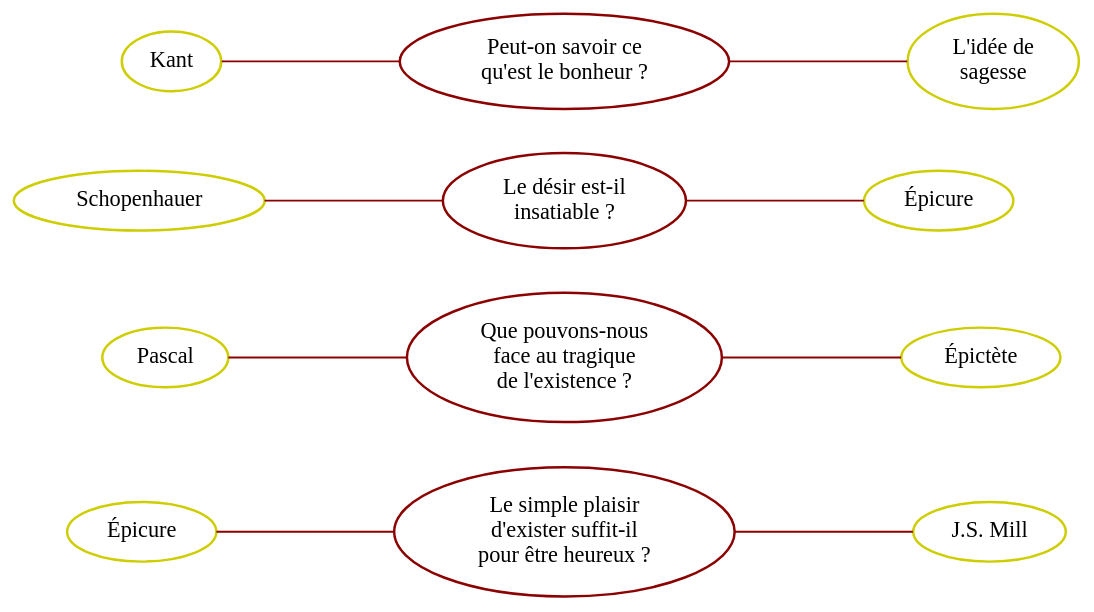
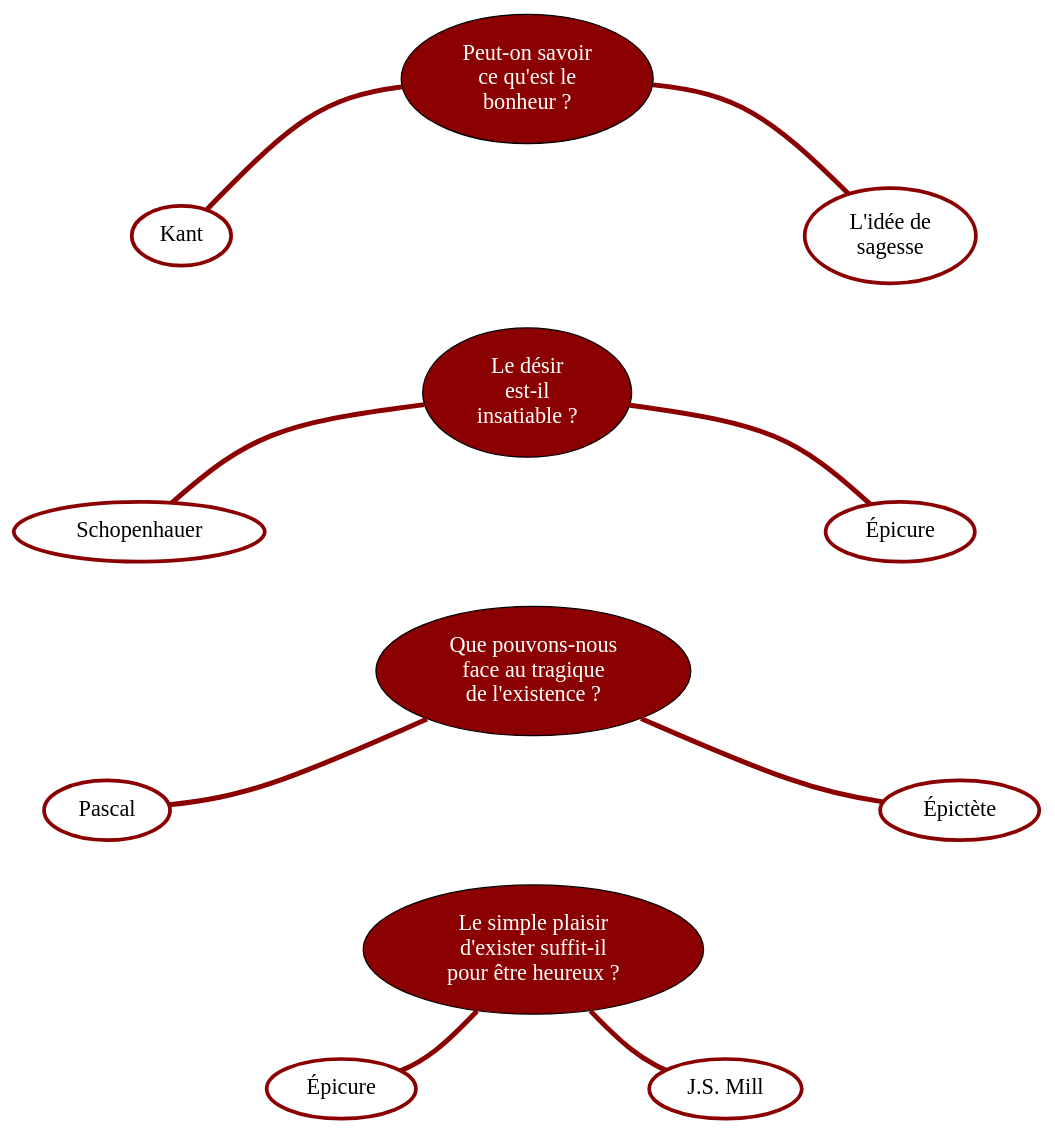
The diagram in plans/test-plan.dot (eyssette/graphviz-examples), drawn with Graphviz before and after one commit. The commit also changed 1 other file, not shown here.

```diff
--- a/plans/test-plan.dot
+++ b/plans/test-plan.dot
@@ -1,46 +1,47 @@
 digraph G {
+splines=curved
 nodesep=2
-node[style=rounded, shape=oval, margin=0.1, color=red4, penwidth=2, fontsize=18]
+node[style="rounded, filled", shape=oval, margin=0.1, fillcolor=red4, penwidth=1, fontsize=18, fontcolor=white]
 edge[style=invis]
 
-a[label="Peut-on savoir ce
-qu'est le bonheur ?"]
+a[label="Peut-on savoir
+ce qu'est le
+bonheur ?"]
 b[label="Que pouvons-nous
 face au tragique
 de l'existence ?"]
-c[label="Le désir est-il
+c[label="Le désir
+est-il
 insatiable ?"]
 d[label="Le simple plaisir
 d'exister suffit-il
 pour être heureux ?"]
 
-a->c->b->d
+a->c->b->d[minlen=2]
 
-node[color=yellow3]
-edge[style="", color=red4, penwidth=1.5,arrowhead=none, arrowtail=none]
+node[color=red4, fillcolor=white, fontcolor=black, penwidth=3]
+edge[style="", color=red4, penwidth=4, arrowhead=none]
+a->{a1,a2}
+b->{b1,b2}
+c->{c1,c2}
+d->{d1,d2}
+
 {rank=same
-a1->a[dir=back]
-a->a2}
-{rank=same
-b1->b[dir=back]
-b->b2}
-{rank=same
-c1->c[dir=back]
-c->c2}
-{rank=same
-d1->d[dir=back]
-d->d2}
+a1,a2}
+
+a1->c1->b1->d1[style=invis]
+a2->c2->b2->d2[style=invis]
 
 a1[label="Kant"]
 a2[label="L'idée de
 sagesse"]
 b1[label="Pascal"]
 b2[label="Épictète"]
 c1[label="Schopenhauer"]
 c2[label="Épicure"]
 d1[label="Épicure"]
 d2[label="J.S. Mill"]
 
 
 
 }
```
